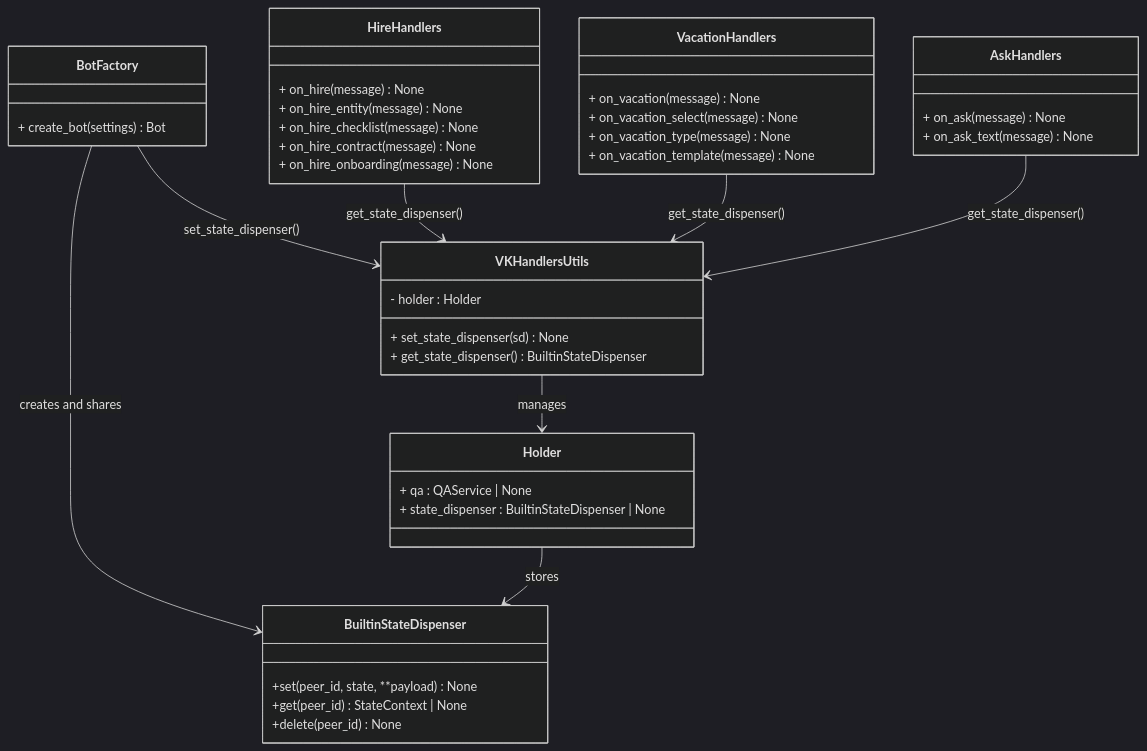
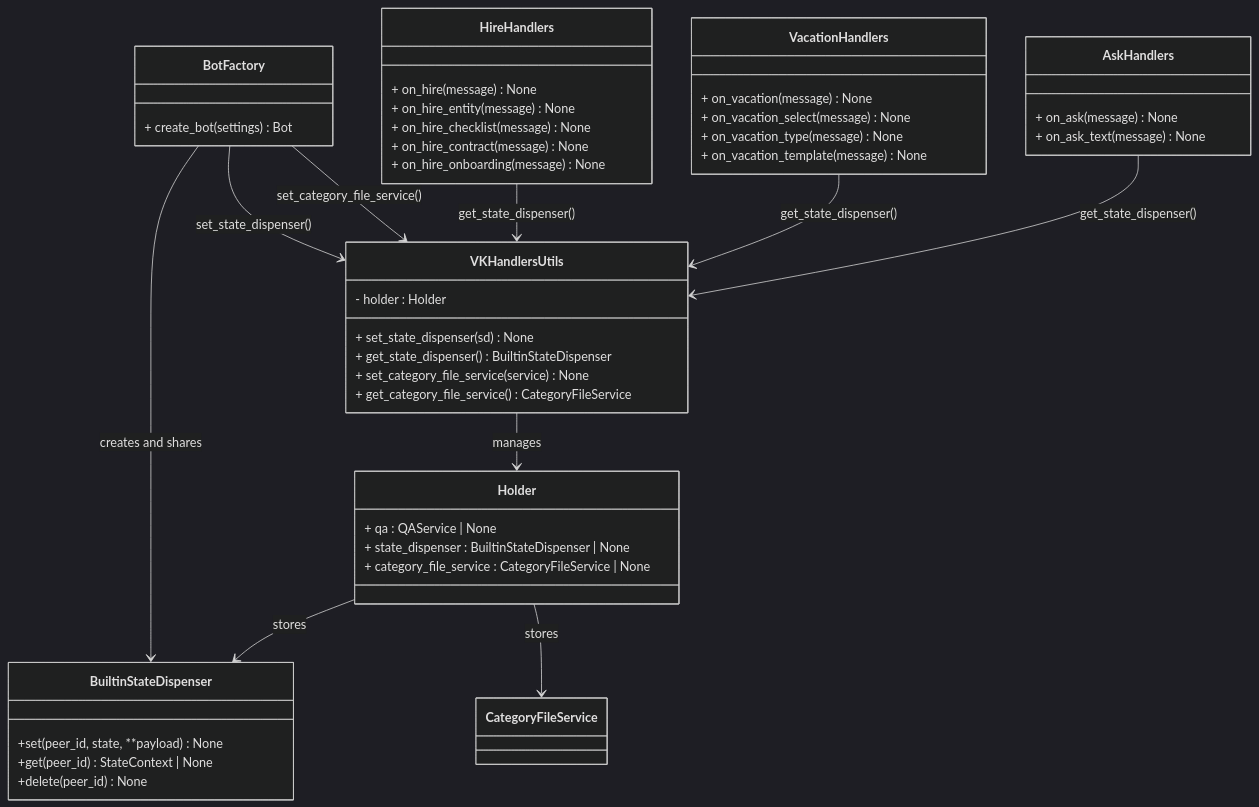
The third of 18 diagrams in .qoder/repowiki/en/content/VK Integration/VK Integration.md (ognelis/cafetera_hr_bot), drawn with Mermaid (dark theme) before and after one commit. The commit also changed other lines of this file and 7 other files, not shown here.

Commit message:
CAFETERA-18 Improved fire flow

````diff
--- a/.qoder/repowiki/en/content/VK Integration/VK Integration.md
+++ b/.qoder/repowiki/en/content/VK Integration/VK Integration.md
@@ -266,44 +331,49 @@
 ```mermaid
 classDiagram
 class BuiltinStateDispenser {
 +set(peer_id, state, **payload) None
 +get(peer_id) StateContext | None
 +delete(peer_id) None
 }
 class VKHandlersUtils {
 - holder : Holder
 + set_state_dispenser(sd) None
 + get_state_dispenser() BuiltinStateDispenser
++ set_category_file_service(service) None
++ get_category_file_service() CategoryFileService
 }
 class Holder {
 + qa : QAService | None
 + state_dispenser : BuiltinStateDispenser | None
++ category_file_service : CategoryFileService | None
 }
 class BotFactory {
 + create_bot(settings) Bot
 }
 class HireHandlers {
 + on_hire(message) None
 + on_hire_entity(message) None
 + on_hire_checklist(message) None
 + on_hire_contract(message) None
 + on_hire_onboarding(message) None
 }
 class VacationHandlers {
 + on_vacation(message) None
 + on_vacation_select(message) None
 + on_vacation_type(message) None
 + on_vacation_template(message) None
 }
 class AskHandlers {
 + on_ask(message) None
 + on_ask_text(message) None
 }
 BotFactory --> BuiltinStateDispenser : creates and shares
 BotFactory --> VKHandlersUtils : set_state_dispenser()
+BotFactory --> VKHandlersUtils : set_category_file_service()
 VKHandlersUtils --> Holder : manages
 Holder --> BuiltinStateDispenser : stores
+Holder --> CategoryFileService : stores
 HireHandlers --> VKHandlersUtils : get_state_dispenser()
 VacationHandlers --> VKHandlersUtils : get_state_dispenser()
 AskHandlers --> VKHandlersUtils : get_state_dispenser()
 ```
````
